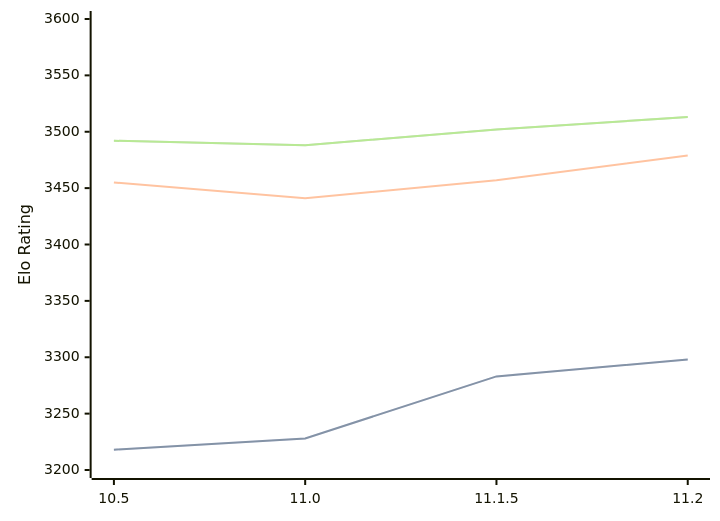
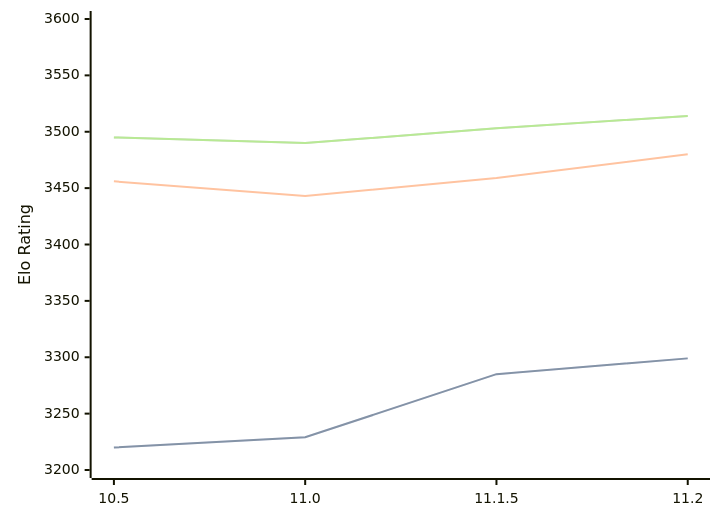
Before and after one commit to computer-chess-index/cci: the diagram in engines/Lizard.md, drawn with Mermaid. The commit also changed other lines of this file, not shown here.

Commit message:
Update CCI Ratings (ELO VLTC) - 2026-08-22

````diff
--- a/engines/Lizard.md
+++ b/engines/Lizard.md
@@ -34,11 +34,11 @@
 ```mermaid
 %%{init: {"theme":"base","themeVariables":{"seriesColors:['#a3a3a3','#222221','#faa371']}}}%%
 xychart-beta
   x-axis ["10.5", "11.0", "11.1.5", "11.2"]
   y-axis "Elo Rating" 3200 --> 3600
-  line "STC (8.0+0.08s)" [3218, 3228, 3283, 3298]
-  line "STC (8.0+0.08s)" [3218, 3228, 3283, 3298]
-  line "LTC (60.0+0.60s)" [3455, 3441, 3457, 3479]
-  line "VLTC (2m24s+1.12s)" [3492, 3488, 3502, 3513]
-  line "VLTC (2m24s+1.12s)" [3492, 3488, 3502, 3513]
+  line "STC (8.0+0.08s)" [3220, 3229, 3285, 3299]
+  line "STC (8.0+0.08s)" [3220, 3229, 3285, 3299]
+  line "LTC (60.0+0.60s)" [3456, 3443, 3459, 3480]
+  line "VLTC (2m24s+1.12s)" [3495, 3490, 3503, 3514]
+  line "VLTC (2m24s+1.12s)" [3495, 3490, 3503, 3514]
 ```
````
